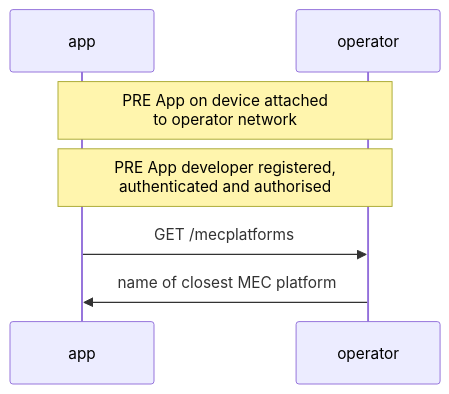
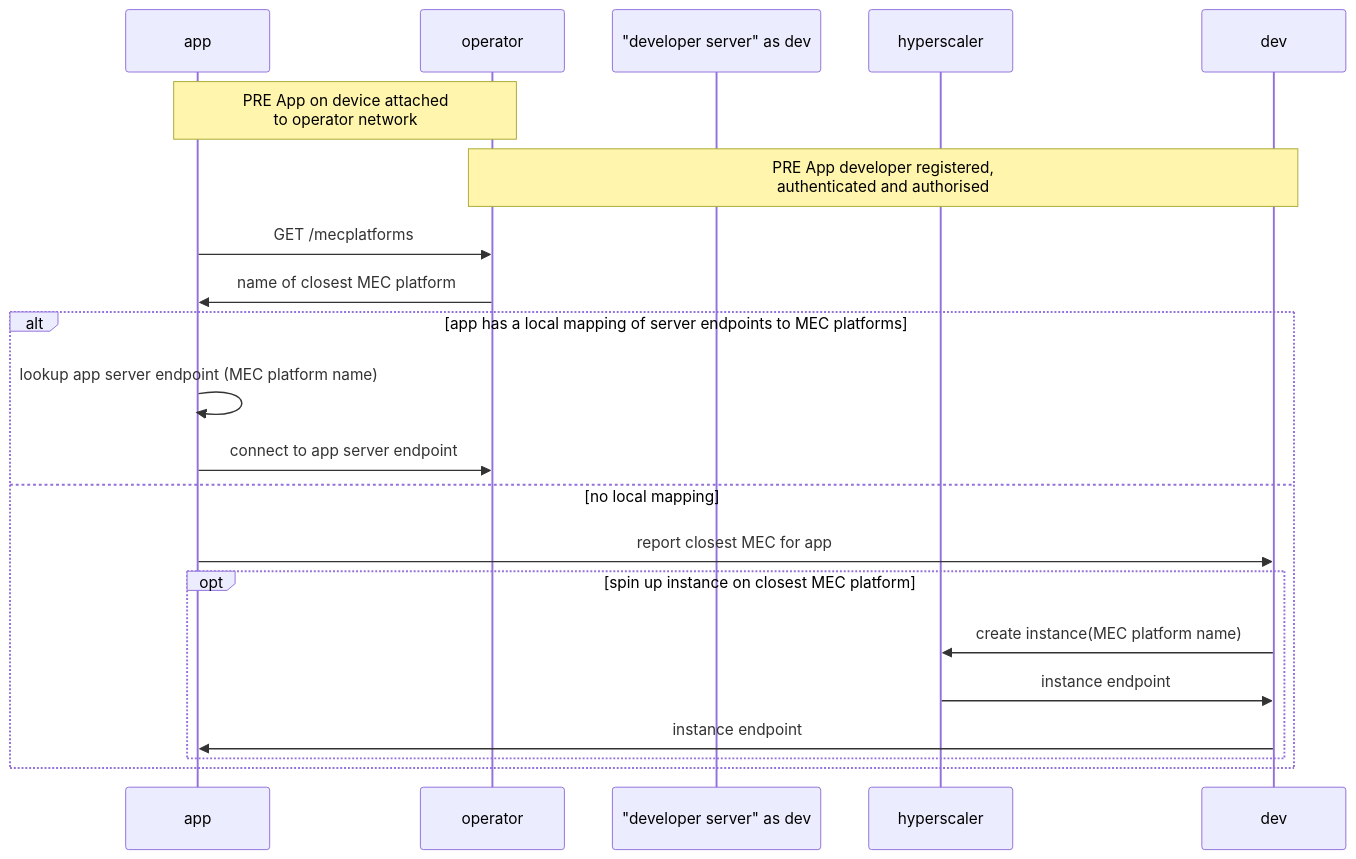
The first of 2 diagrams in documentation/SupportingDocuments/Harmonisation of APIs/describing and harmonising the Edge APIs.md (camaraproject/EdgeCloud), drawn with Mermaid before and after one commit. The commit also changed other lines of this file, not shown here.

Commit message:
Update Simple Edge Discovery flows

````diff
--- a/documentation/SupportingDocuments/Harmonisation of APIs/describing and harmonising the Edge APIs.md
+++ b/documentation/SupportingDocuments/Harmonisation of APIs/describing and harmonising the Edge APIs.md
@@ -93,9 +102,22 @@
 ```mermaid
 sequenceDiagram
     participant app
     participant operator
+    participant "developer server" as dev
+    participant hyperscaler
     Note over app,operator: PRE App on device attached <br/> to operator network
-    Note over app,operator: PRE App developer registered, <br/> authenticated and authorised
+    Note over dev,operator: PRE App developer registered, <br/> authenticated and authorised
     app->>operator: GET /mecplatforms
     operator->>app: name of closest MEC platform
+   alt app has a local mapping of server endpoints to MEC platforms
+    app->>app: lookup app server endpoint (MEC platform name)
+    app->>operator: connect to app server endpoint
+   else no local mapping
+    app->>dev: report closest MEC for app
+    opt spin up instance on closest MEC platform
+     dev->>hyperscaler: create instance(MEC platform name)
+     hyperscaler->>dev: instance endpoint
+     dev->>app: instance endpoint
+    end
+   end
 ```
````
